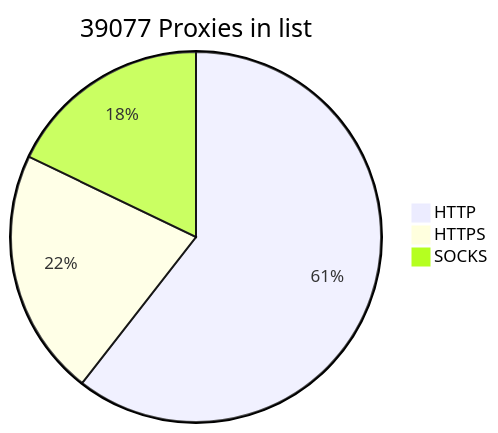
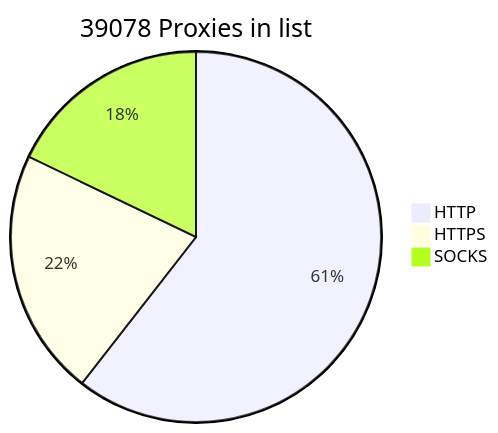
One commit to BlackSnowDot/proxylist-update-every-minute changed the diagram in README.md. Above: the diagram before and after it, drawn with Mermaid.

````diff
--- a/README.md
+++ b/README.md
@@ -2,6 +2,6 @@
 ```mermaid
-pie title 39077 Proxies in list
-    "HTTP" : 27646
+pie title 39078 Proxies in list
+    "HTTP" : 27647
     "HTTPS": 9863
-    "SOCKS" : 8161
+    "SOCKS" : 8162
 ```
````
